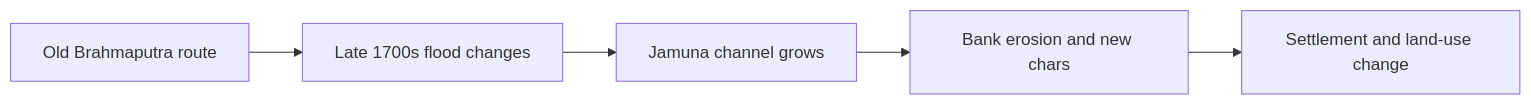
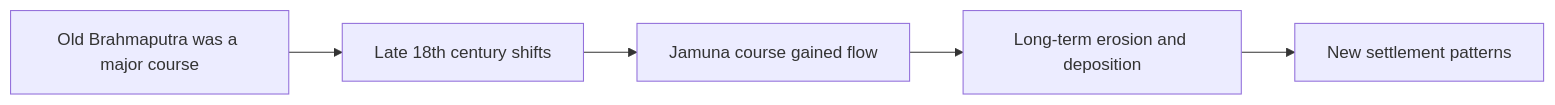
One commit to RlM100always/bcs changed diagram 22 of 44 in Bangladesh Affairs/Chapter-01/README.md. Above: the diagram before and after it, drawn with Mermaid. The commit also changed other lines of this file, not shown here.

Commit message:
Clarify debated Brahmaputra Jamuna avulsion chronology in Q09 and add peer-reviewed sources

````diff
--- a/Bangladesh Affairs/Chapter-01/README.md
+++ b/Bangladesh Affairs/Chapter-01/README.md
@@ -1664,7 +1671,7 @@
 ```mermaid
 flowchart LR
-    A["Old Brahmaputra route"] --> B["Late 1700s flood changes"]
-    B --> C["Jamuna channel grows"]
-    C --> D["Bank erosion and new chars"]
-    D --> E["Settlement and land-use change"]
+    A["Old Brahmaputra was a major course"] --> B["Late 18th century shifts"]
+    B --> C["Jamuna course gained flow"]
+    C --> D["Long-term erosion and deposition"]
+    D --> E["New settlement patterns"]
 ```
````
